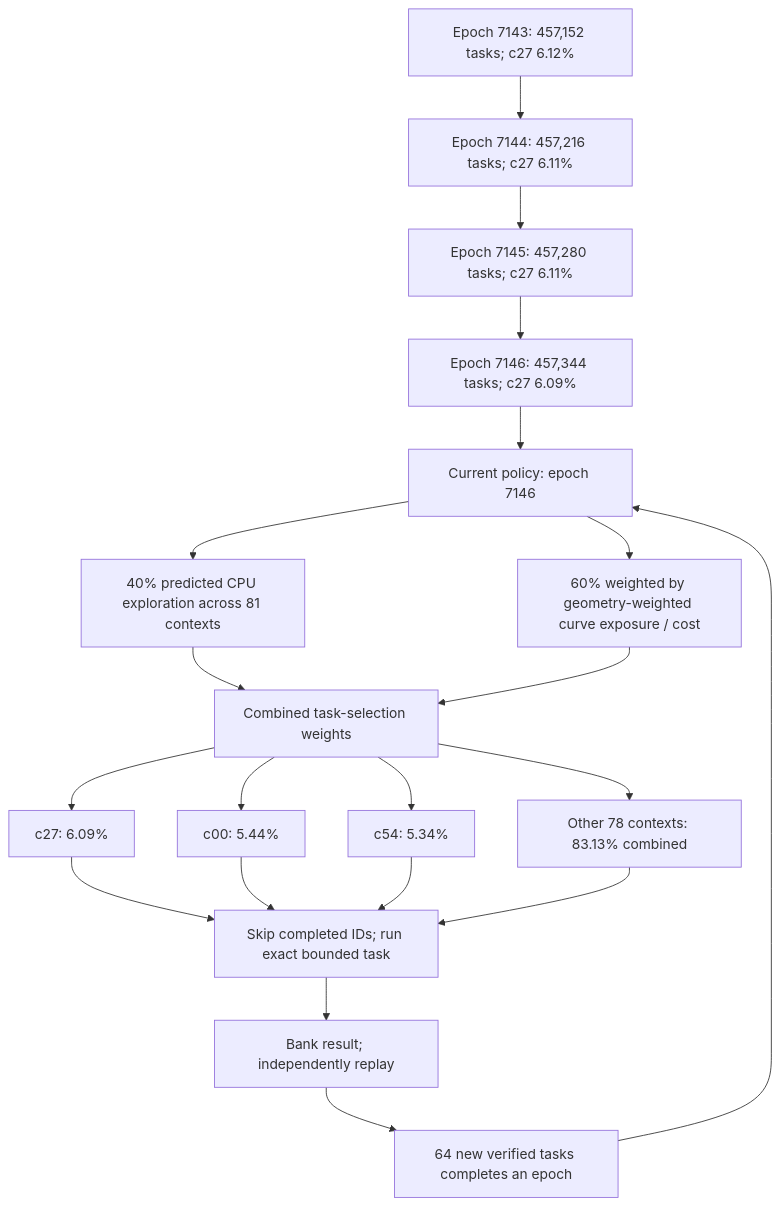
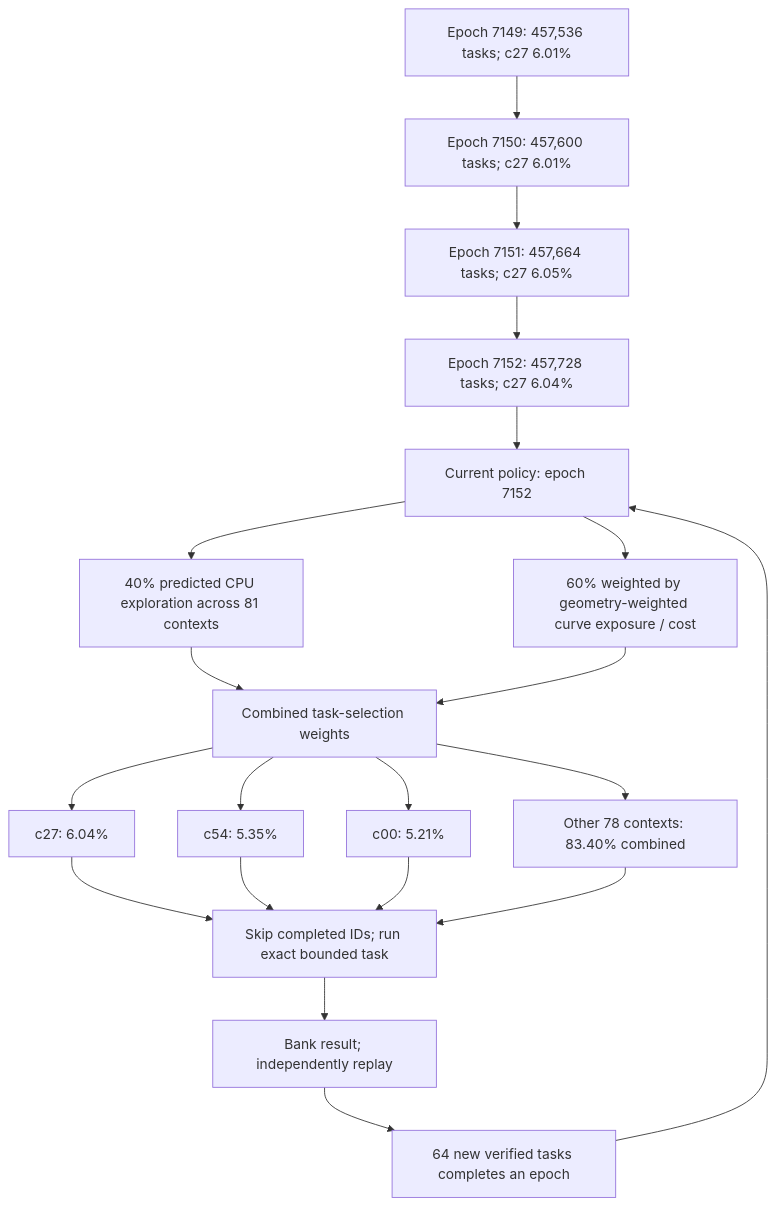
The first of 4 diagrams in README.md (Kuberwastaken/math-gambling), drawn with Mermaid before and after one commit. The commit also changed other lines of this file and 1409 other files, not shown here.

````diff
--- a/README.md
+++ b/README.md
@@ -60,27 +60,27 @@
 ```mermaid
 flowchart TD
-    H0["Epoch 7143: 457,152 tasks; c27 6.12%"]
-    H1["Epoch 7144: 457,216 tasks; c27 6.11%"]
+    H0["Epoch 7149: 457,536 tasks; c27 6.01%"]
+    H1["Epoch 7150: 457,600 tasks; c27 6.01%"]
     H0 --> H1
-    H2["Epoch 7145: 457,280 tasks; c27 6.11%"]
+    H2["Epoch 7151: 457,664 tasks; c27 6.05%"]
     H1 --> H2
-    H3["Epoch 7146: 457,344 tasks; c27 6.09%"]
+    H3["Epoch 7152: 457,728 tasks; c27 6.04%"]
     H2 --> H3
-    Policy["Current policy: epoch 7146"]
+    Policy["Current policy: epoch 7152"]
     H3 --> Policy
     Policy --> Explore["40% predicted CPU exploration across 81 contexts"]
     Policy --> Cost["60% weighted by geometry-weighted curve exposure / cost"]
     Explore --> Mix["Combined task-selection weights"]
     Cost --> Mix
-    Mix --> C0["c27: 6.09%"]
-    Mix --> C1["c00: 5.44%"]
-    Mix --> C2["c54: 5.34%"]
-    Mix --> Rest["Other 78 contexts: 83.13% combined"]
+    Mix --> C0["c27: 6.04%"]
+    Mix --> C1["c54: 5.35%"]
+    Mix --> C2["c00: 5.21%"]
+    Mix --> Rest["Other 78 contexts: 83.40% combined"]
     C0 --> Check["Skip completed IDs; run exact bounded task"]
     C1 --> Check
     C2 --> Check
     Rest --> Check
     Check --> Replay["Bank result; independently replay"]
     Replay --> Gate["64 new verified tasks completes an epoch"]
     Gate --> Policy
 ```
````
